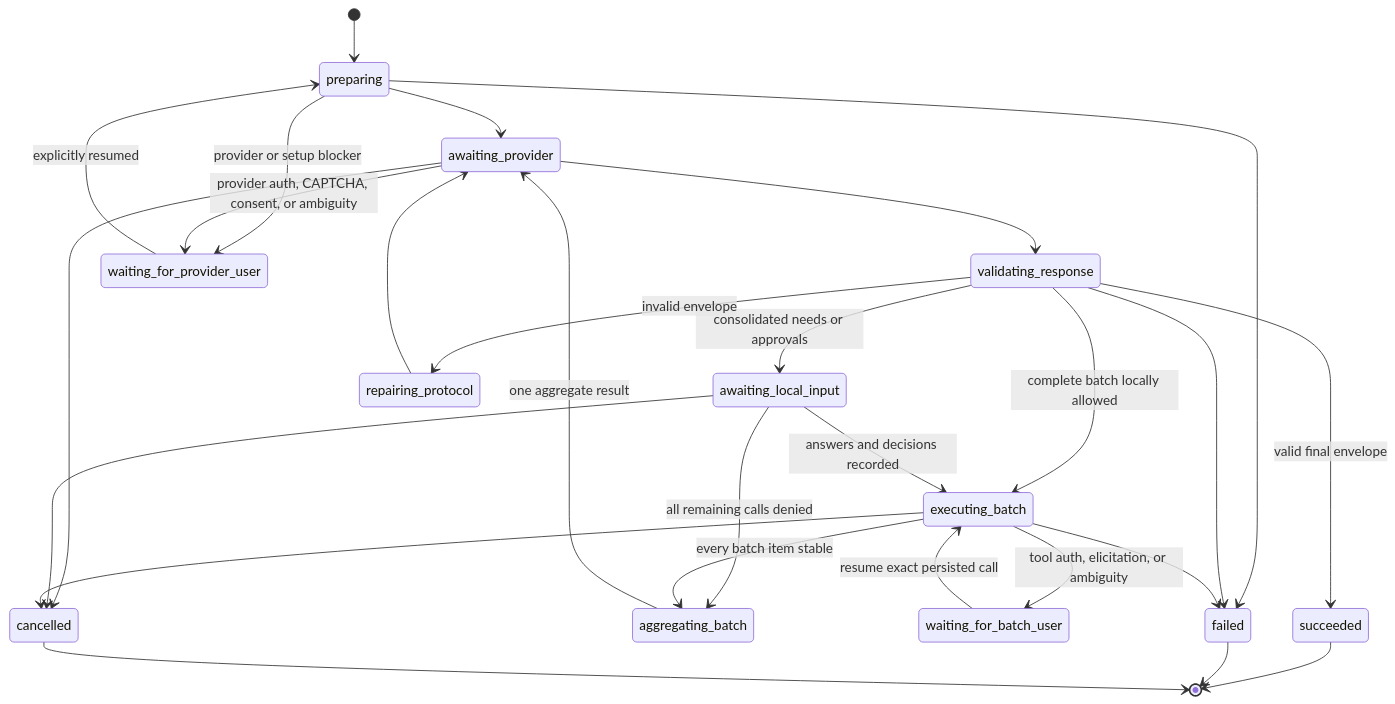
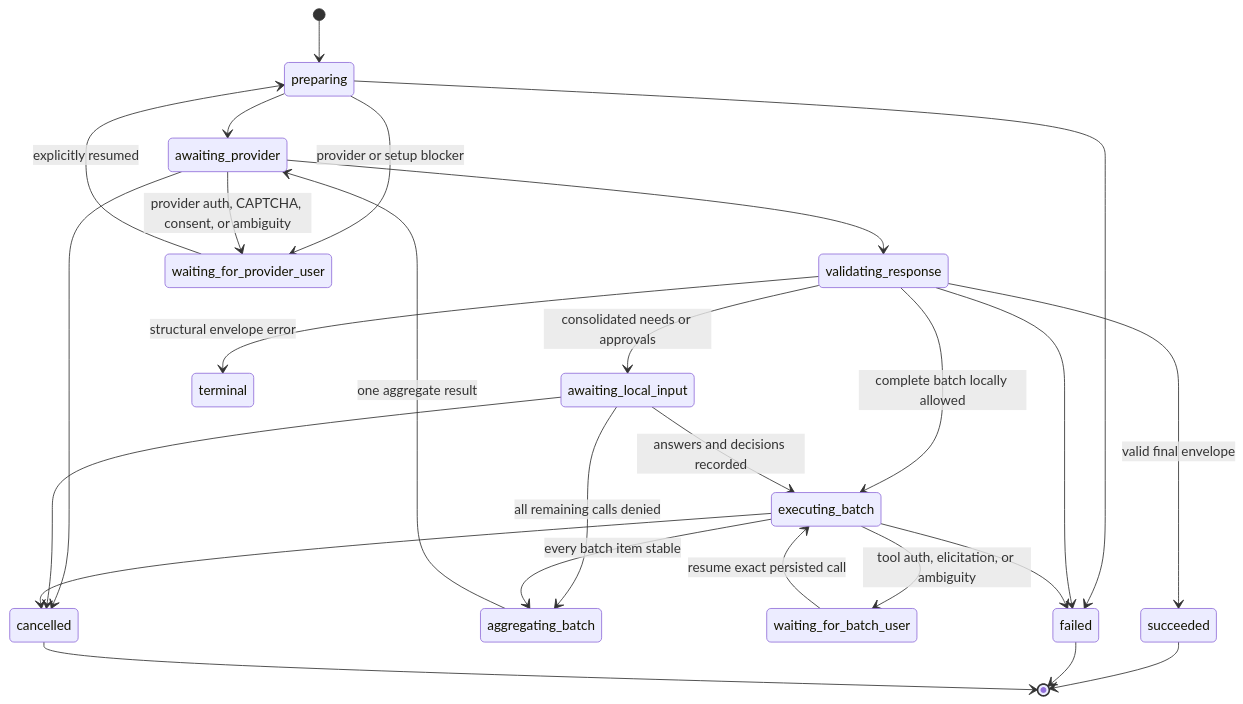
One commit to jazelly/tokenless changed the second of 2 diagrams in docs/roadmaps/P0-web-agent-harness.md. Above: the diagram before and after it, drawn with Mermaid. The commit also changed other lines of this file and 75 other files, not shown here.

````diff
--- a/docs/roadmaps/P0-web-agent-harness.md
+++ b/docs/roadmaps/P0-web-agent-harness.md
@@ -534,29 +534,28 @@
 ```mermaid
 stateDiagram-v2
   [*] --> preparing
   preparing --> awaiting_provider
   awaiting_provider --> validating_response
   validating_response --> awaiting_local_input: consolidated needs or approvals
   validating_response --> executing_batch: complete batch locally allowed
   validating_response --> succeeded: valid final envelope
-  validating_response --> repairing_protocol: invalid envelope
-  repairing_protocol --> awaiting_provider
+  validating_response --> terminal: structural envelope error
   awaiting_local_input --> executing_batch: answers and decisions recorded
   awaiting_local_input --> aggregating_batch: all remaining calls denied
   executing_batch --> waiting_for_batch_user: tool auth, elicitation, or ambiguity
   waiting_for_batch_user --> executing_batch: resume exact persisted call
   executing_batch --> aggregating_batch: every batch item stable
   aggregating_batch --> awaiting_provider: one aggregate result
   preparing --> waiting_for_provider_user: provider or setup blocker
   awaiting_provider --> waiting_for_provider_user: provider auth, CAPTCHA, consent, or ambiguity
   waiting_for_provider_user --> preparing: explicitly resumed
   preparing --> failed
   validating_response --> failed
   executing_batch --> failed
   awaiting_provider --> cancelled
   awaiting_local_input --> cancelled
   executing_batch --> cancelled
   succeeded --> [*]
   failed --> [*]
   cancelled --> [*]
 ```
````
